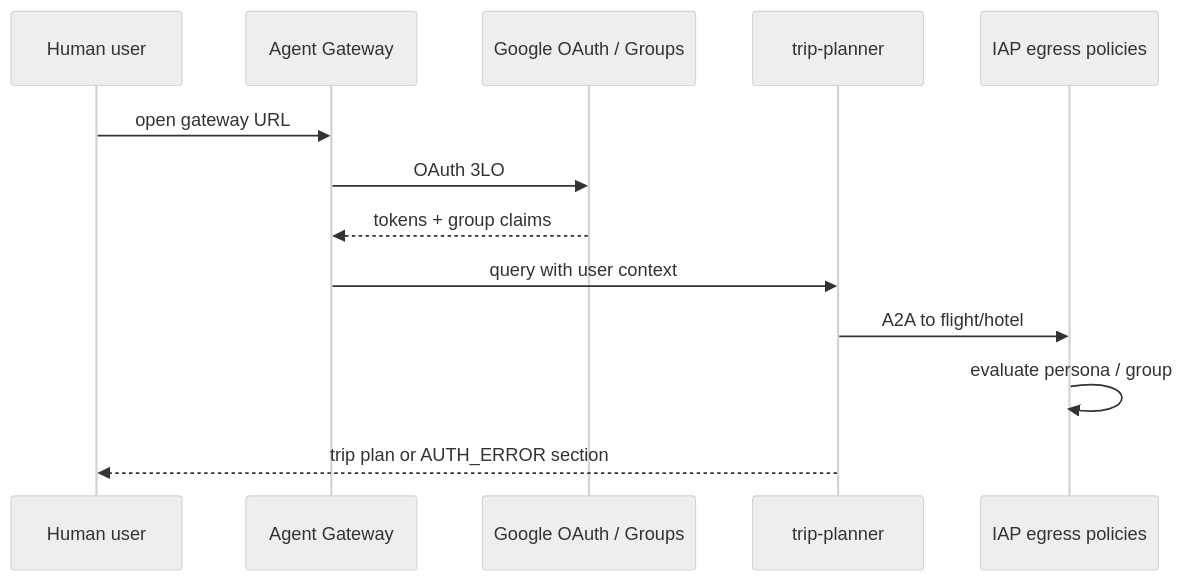
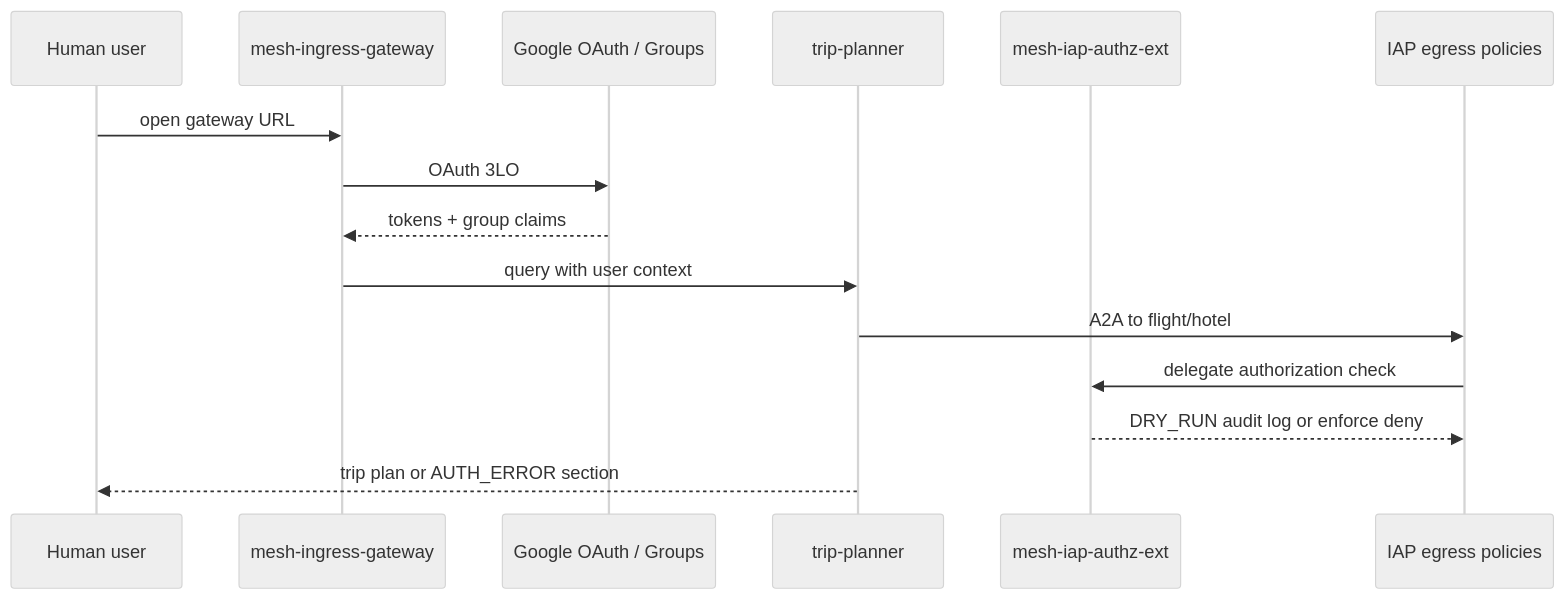
One commit to yu-iskw/agent-cli-demo changed the fourth of 5 diagrams in docs/guides/03-auth-gateway.md. Above: the diagram before and after it, drawn with Mermaid (neutral theme). The commit also changed other lines of this file and 22 other files, not shown here.

First line of the commit message:
feat(mesh): SequentialAgent A2A pipeline, gateway demo, and test fixes

````diff
--- a/docs/guides/03-auth-gateway.md
+++ b/docs/guides/03-auth-gateway.md
@@ -148,16 +156,18 @@
 ```mermaid
 sequenceDiagram
   participant User as Human user
-  participant GW as Agent Gateway
+  participant GW as mesh-ingress-gateway
   participant IdP as Google OAuth / Groups
   participant TP as trip-planner
+  participant Authz as mesh-iap-authz-ext
   participant Pol as IAP egress policies
 
   User->>GW: open gateway URL
   GW->>IdP: OAuth 3LO
   IdP-->>GW: tokens + group claims
   GW->>TP: query with user context
   TP->>Pol: A2A to flight/hotel
-  Pol->>Pol: evaluate persona / group
+  Pol->>Authz: delegate authorization check
+  Authz-->>Pol: DRY_RUN audit log or enforce deny
   TP-->>User: trip plan or AUTH_ERROR section
 ```
````
